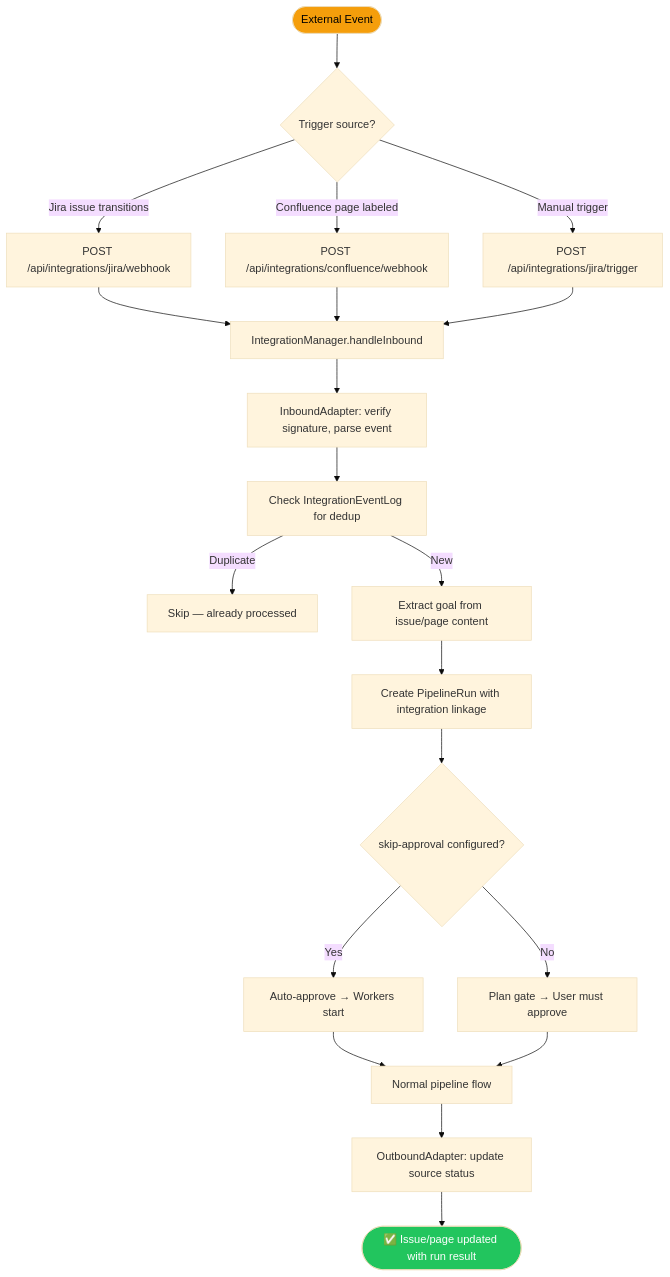
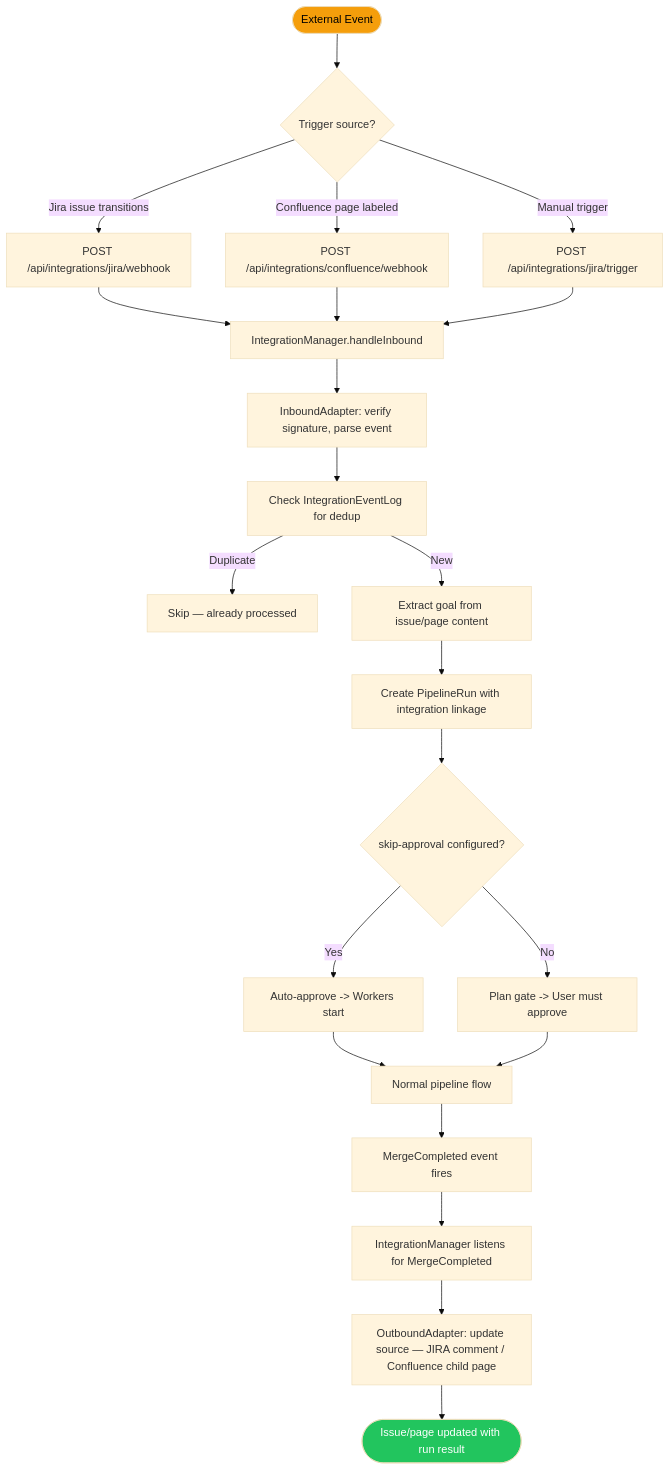
One commit to navneetprabhakar/executespec changed diagram 14 of 36 in docs/WORKFLOWS.md. Above: the diagram before and after it, drawn with Mermaid (base theme). The commit also changed other lines of this file and 47 other files, not shown here.

````diff
--- a/docs/WORKFLOWS.md
+++ b/docs/WORKFLOWS.md
@@ -309,25 +448,27 @@
 ```mermaid
 flowchart TD
     A([External Event]) --> B{Trigger source?}
     B -->|Jira issue transitions| C[POST /api/integrations/jira/webhook]
     B -->|Confluence page labeled| D[POST /api/integrations/confluence/webhook]
     B -->|Manual trigger| E[POST /api/integrations/jira/trigger]
     C --> F[IntegrationManager.handleInbound]
     D --> F
     E --> F
     F --> G[InboundAdapter: verify signature, parse event]
     G --> H[Check IntegrationEventLog for dedup]
     H -->|Duplicate| I[Skip — already processed]
     H -->|New| J[Extract goal from issue/page content]
     J --> K[Create PipelineRun with integration linkage]
     K --> L{skip-approval configured?}
-    L -->|Yes| M[Auto-approve → Workers start]
-    L -->|No| N[Plan gate → User must approve]
+    L -->|Yes| M[Auto-approve -> Workers start]
+    L -->|No| N[Plan gate -> User must approve]
     M --> O[Normal pipeline flow]
     N --> O
-    O --> P[OutboundAdapter: update source status]
-    P --> Q([✅ Issue/page updated with run result])
+    O --> P[MergeCompleted event fires]
+    P --> Q[IntegrationManager listens for MergeCompleted]
+    Q --> R[OutboundAdapter: update source — JIRA comment / Confluence child page]
+    R --> S([Issue/page updated with run result])
 
     style A fill:#f59e0b,color:#000
-    style Q fill:#22c55e,color:#fff
+    style S fill:#22c55e,color:#fff
 ```
````
